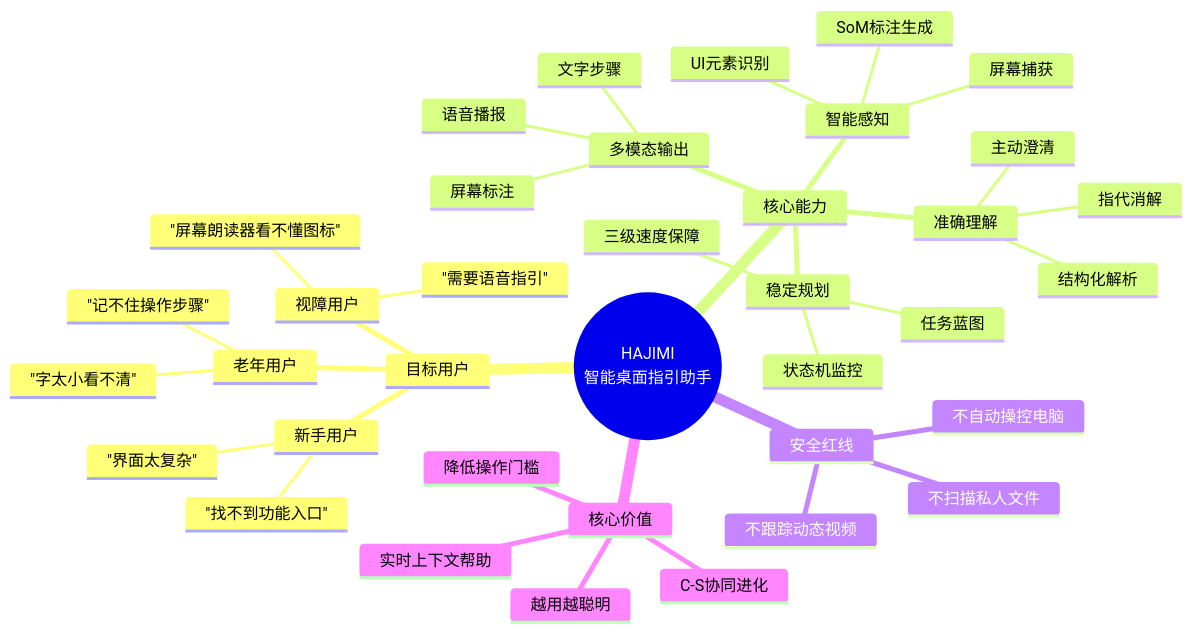
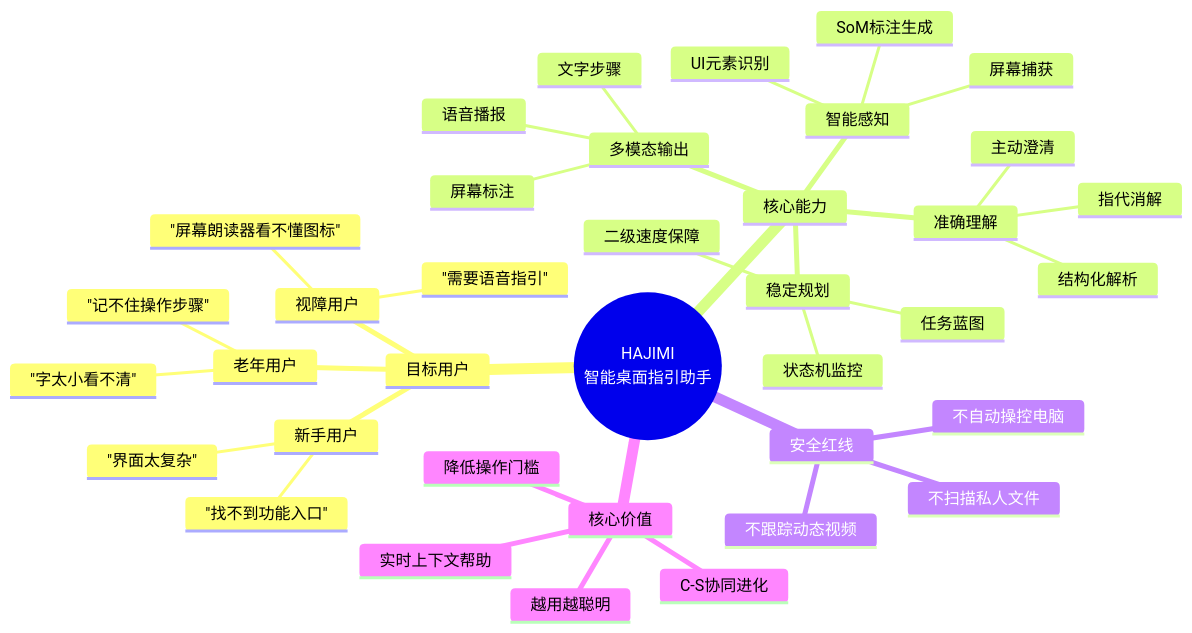
Before and after one commit to eicon-xyz/Fuzzy-Visual-Assisted-Question-Answering-System: the first of 12 diagrams in 项目文档/UML_diagrams.md, drawn with Mermaid. The commit also changed other lines of this file and 9 other files, not shown here.

````diff
--- a/项目文档/UML_diagrams.md
+++ b/项目文档/UML_diagrams.md
@@ -43,40 +43,40 @@
 ```mermaid
 mindmap
   root((HAJIMI<br/>智能桌面指引助手))
     目标用户
       新手用户
         "找不到功能入口"
         "界面太复杂"
       老年用户
         "字太小看不清"
         "记不住操作步骤"
       视障用户
         "屏幕朗读器看不懂图标"
         "需要语音指引"
     核心能力
       智能感知
         屏幕捕获
         UI元素识别
         SoM标注生成
       准确理解
         结构化解析
         指代消解
         主动澄清
       稳定规划
-        三级速度保障
+        二级速度保障
         任务蓝图
         状态机监控
       多模态输出
         屏幕标注
         文字步骤
         语音播报
     安全红线
       不自动操控电脑
       不扫描私人文件
       不跟踪动态视频
     核心价值
       降低操作门槛
       实时上下文帮助
       越用越聪明
       C-S协同进化
 ```
````
